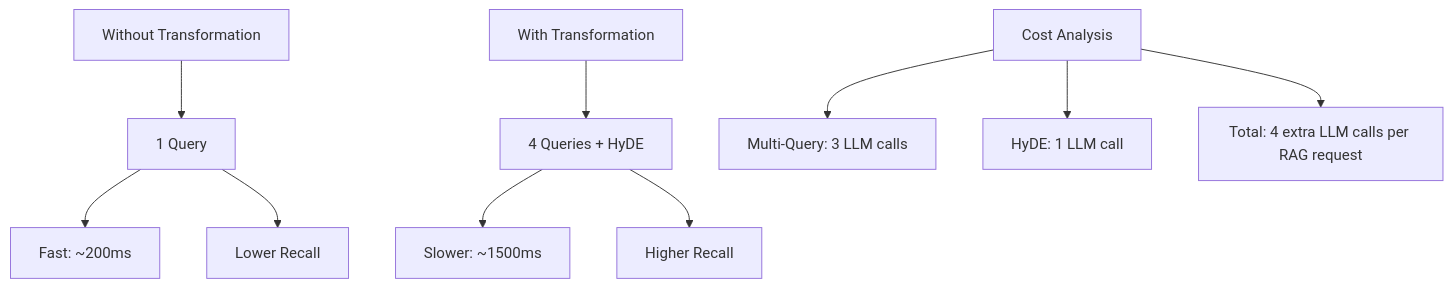
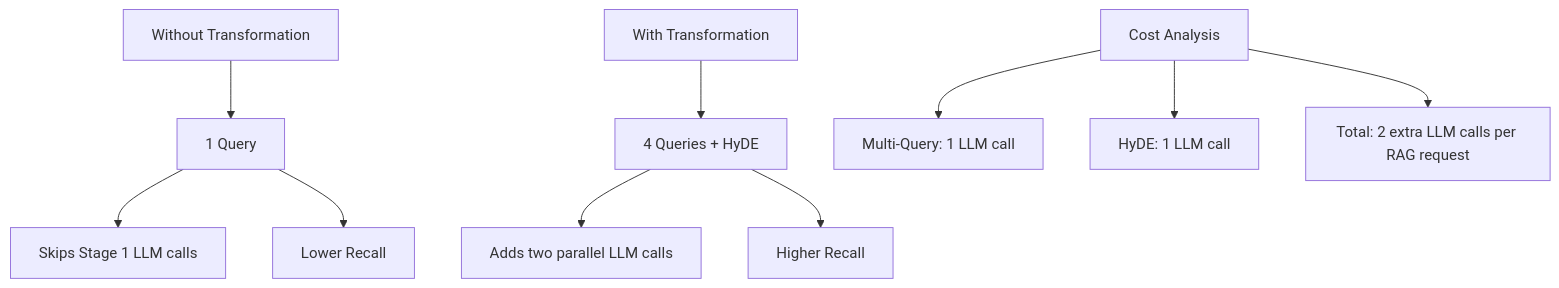
Before and after one commit to learnj-ai/llm-springboot: the second of 2 diagrams in llm-springboot/docs/tutorials/module-02-advanced-rag/02-query-transformation.md, drawn with Mermaid. The commit also changed other lines of this file and 5 other files, not shown here.

````diff
--- a/llm-springboot/docs/tutorials/module-02-advanced-rag/02-query-transformation.md
+++ b/llm-springboot/docs/tutorials/module-02-advanced-rag/02-query-transformation.md
@@ -650,15 +669,15 @@
 ```mermaid
 graph TD
     A[Without Transformation] --> B[1 Query]
-    B --> C[Fast: ~200ms]
+    B --> C[Skips Stage 1 LLM calls]
     B --> D[Lower Recall]
 
     E[With Transformation] --> F[4 Queries + HyDE]
-    F --> G[Slower: ~1500ms]
+    F --> G[Adds two parallel LLM calls]
     F --> H[Higher Recall]
 
     I[Cost Analysis]
-    I --> J[Multi-Query: 3 LLM calls]
+    I --> J[Multi-Query: 1 LLM call]
     I --> K[HyDE: 1 LLM call]
-    I --> L[Total: 4 extra LLM calls per RAG request]
+    I --> L[Total: 2 extra LLM calls per RAG request]
 ```
````
